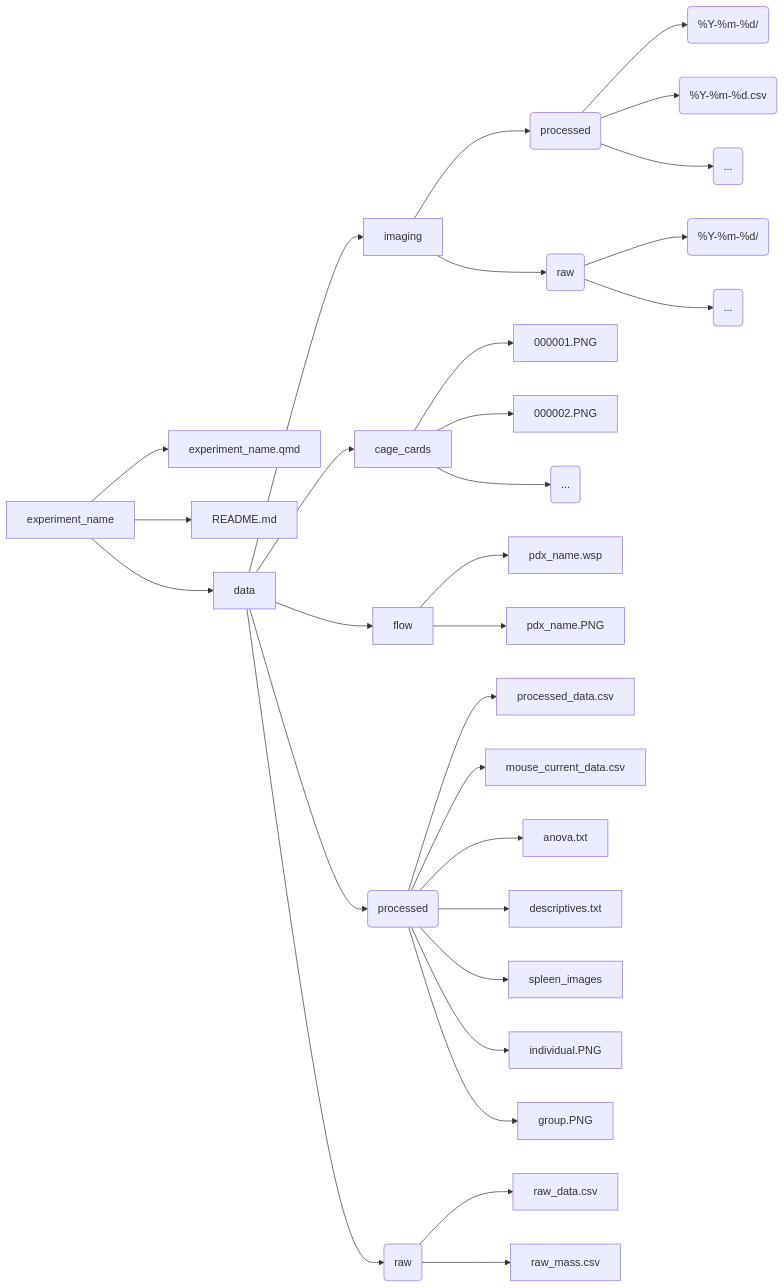
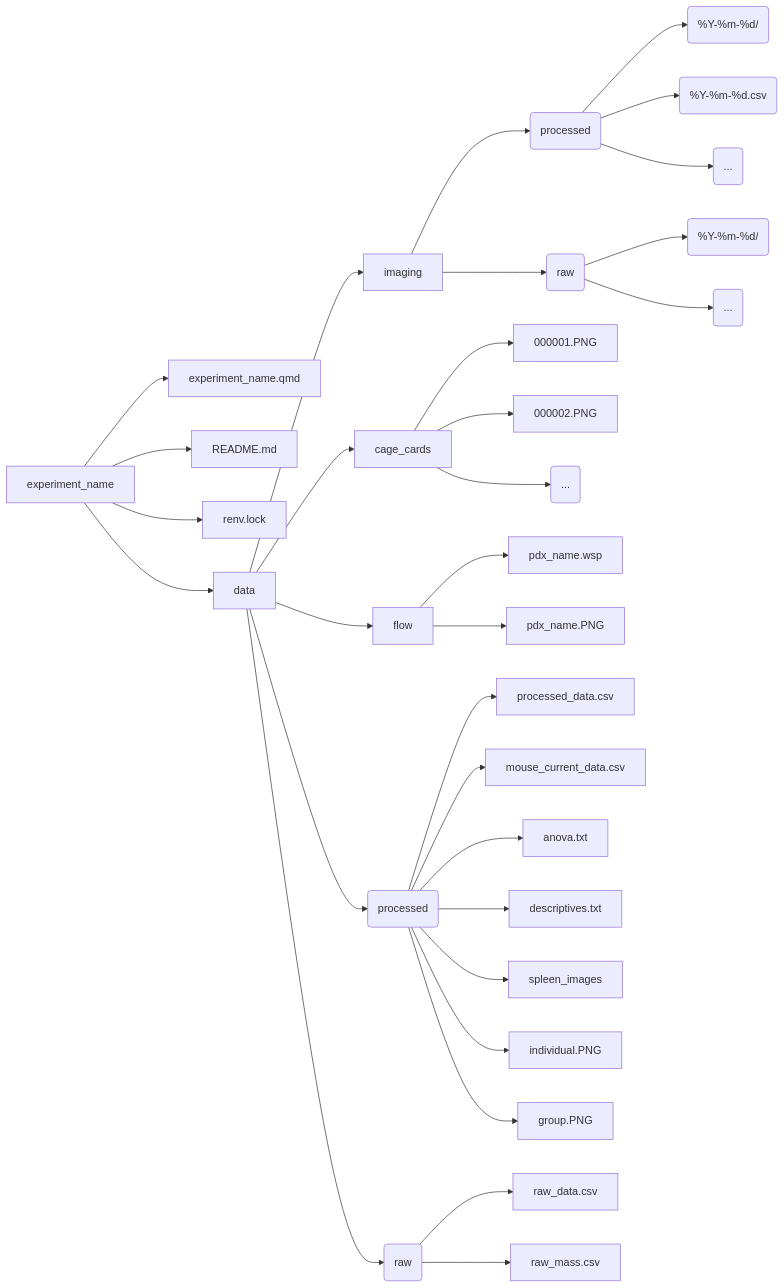
One commit to mmccoy-01/bioluminescent_imaging_experimental_template changed the diagram in README.md. Above: the diagram before and after it, drawn with Mermaid. The commit also changed other lines of this file and 14 other files, not shown here.

````diff
--- a/README.md
+++ b/README.md
@@ -59,45 +60,46 @@
 ```mermaid
 graph LR
 experiment_name --> experiment_name.qmd
 experiment_name --> README.md
+experiment_name --> renv.lock
 experiment_name --> data
 
 data --> imaging
 
 imaging --> G(processed)
 
 G(processed) --> A(%Y-%m-%d/)
 G(processed) --> L(%Y-%m-%d.csv)
 G(processed) --> I(...)
 
 imaging --> E(raw)
 
 E(raw) --> C(%Y-%m-%d/)
 E(raw) --> J(...)
 
 data --> cage_cards
 
 cage_cards --> 000001.PNG
 cage_cards --> 000002.PNG
 cage_cards --> K(...)
 
 data --> flow
 
 flow --> pdx_name.wsp
 flow --> pdx_name.PNG
 
 data --> H(processed)
 
 H(processed) --> processed_data.csv
 H(processed) --> mouse_current_data.csv
 H(processed) --> anova.txt
 H(processed) --> descriptives.txt
 H(processed) --> spleen_images
 H(processed) --> individual.PNG
 H(processed) --> group.PNG
 
 data --> F(raw)
 
 F(raw) --> raw_data.csv
 F(raw) --> raw_mass.csv
 ```
````
